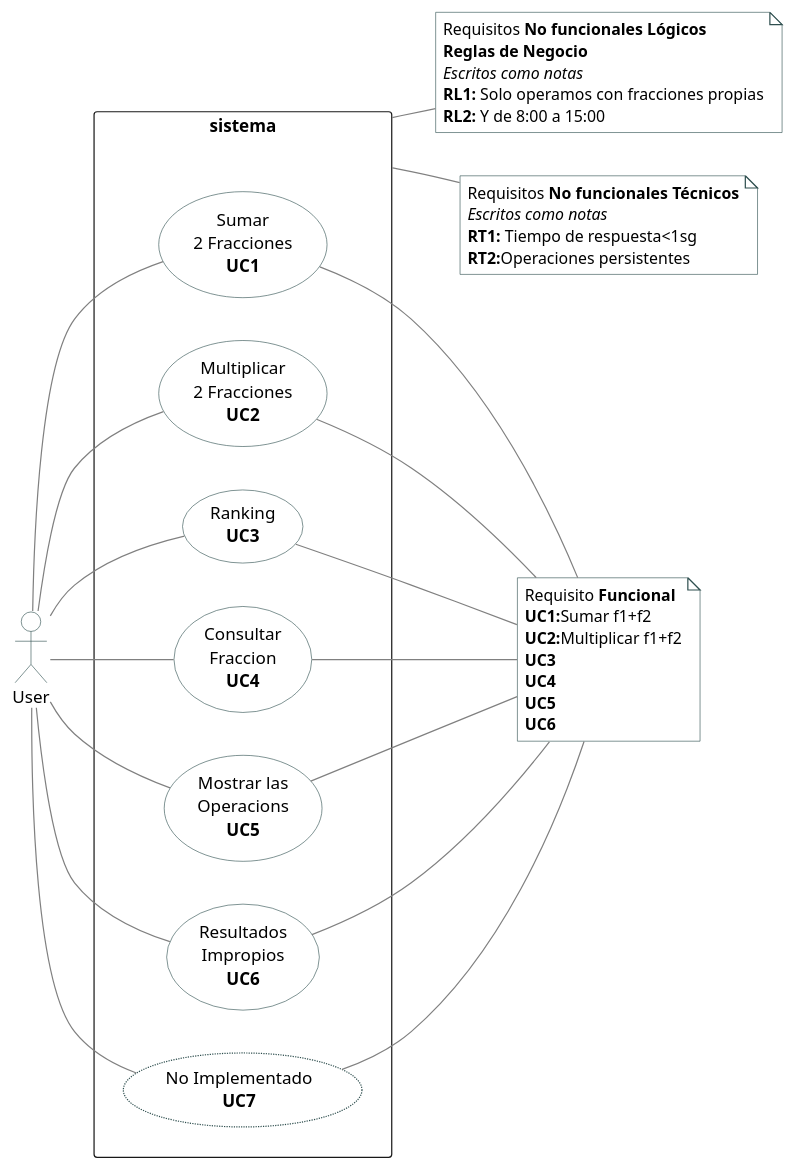
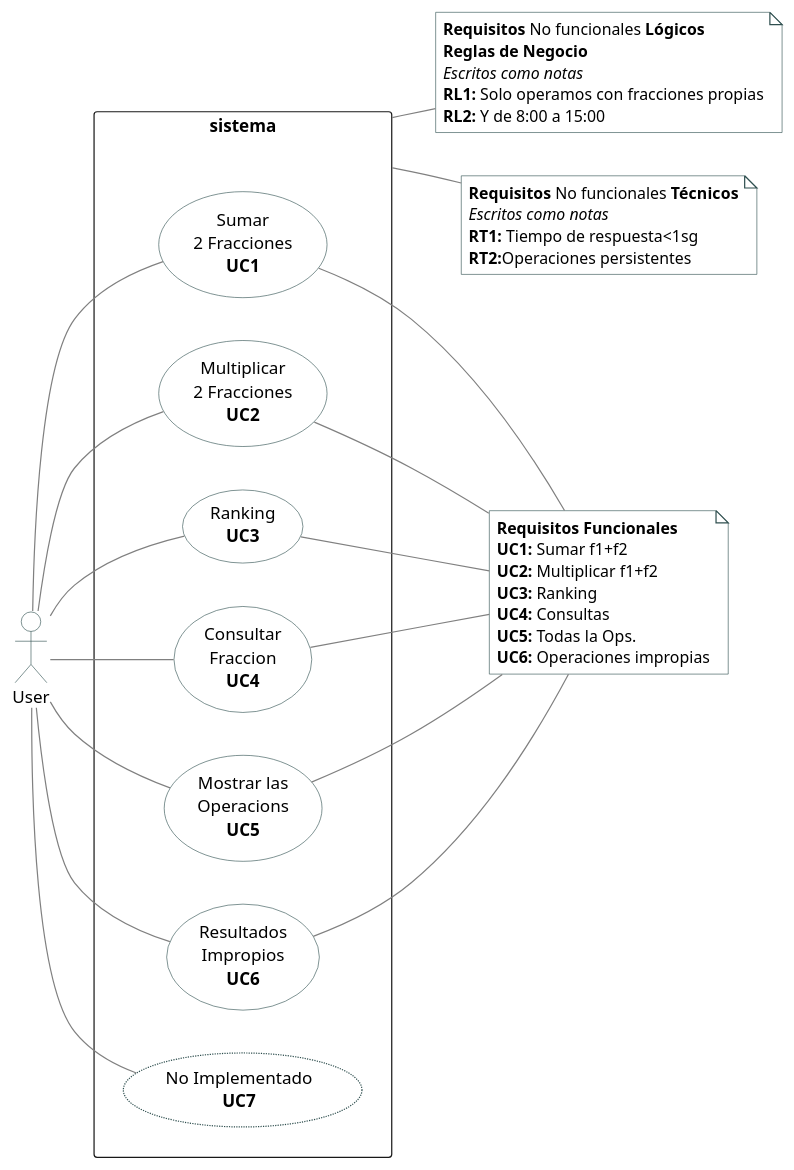
One commit to srlopez/RUP changed the first of 5 diagrams in ejemplos/fraccion_completo.md. Above: the diagram before and after it, drawn with PlantUML. The commit also changed other lines of this file, not shown here.

````diff
--- a/ejemplos/fraccion_completo.md
+++ b/ejemplos/fraccion_completo.md
@@ -32,58 +32,57 @@
 ```plantuml
 @startuml
 hide stereotype
 
 skinparam usecase {
   BackgroundColor White
   BorderColor DarkSlateGray
   ArrowColor Grey
   
   BorderThickness<<beta>> 1
   BorderStyle<<beta>> dotted
   'BackgroundColor<<beta>> #FFE
   'BorderColor<<beta>> Red
 }
 skinparam actor {
   BackgroundColor White
   BorderColor DarkSlateGray
   ArrowColor Grey
 }
 skinparam note {
   BackgroundColor White
   BorderColor DarkSlateGray
 }
-note "Requisito <b>Funcional</b>\n<b>UC1:</b>Sumar f1+f2\n<b>UC2:</b>Multiplicar f1+f2\n<b>UC3</b>\n<b>UC4</b>\n<b>UC5</b>\n<b>UC6</b>" as n1
-note "Requisitos <b>No funcionales Lógicos</b>\n<b>Reglas de Negocio</b>\n<i>Escritos como notas</i>\n<b>RL1:</b> Solo operamos con fracciones propias\n<b>RL2:</b> Y de 8:00 a 15:00" as n2
-note "Requisitos <b>No funcionales Técnicos</b>\n<i>Escritos como notas</i>\n<b>RT1:</b> Tiempo de respuesta<1sg\n<b>RT2:</b>Operaciones persistentes" as n3
+note "<b>Requisitos Funcionales</b>\n<b>UC1:</b> Sumar f1+f2\n<b>UC2:</b> Multiplicar f1+f2\n<b>UC3:</b> Ranking\n<b>UC4:</b> Consultas\n<b>UC5:</b> Todas la Ops.\n<b>UC6:</b> Operaciones impropias" as n1
+note "<b>Requisitos</b> No funcionales <b>Lógicos</b>\n<b>Reglas de Negocio</b>\n<i>Escritos como notas</i>\n<b>RL1:</b> Solo operamos con fracciones propias\n<b>RL2:</b> Y de 8:00 a 15:00" as n2
+note "<b>Requisitos</b> No funcionales <b>Técnicos</b>\n<i>Escritos como notas</i>\n<b>RT1:</b> Tiempo de respuesta<1sg\n<b>RT2:</b>Operaciones persistentes" as n3
 
 left to right direction
 :User: as cli
 rectangle sistema {
   (Sumar\n2 Fracciones\n<b>UC1</b>) as uno 
   (Multiplicar\n2 Fracciones\n<b>UC2</b>) as dos 
   (Ranking\n<b>UC3</b>) as tres
   (Consultar\nFraccion\n<b>UC4</b>) as cuatro
   (Mostrar las\nOperacions\n<b>UC5</b>) as cinco
   (Resultados\nImpropios\n<b>UC6</b>) as seis
   (No Implementado\n<b>UC7</b>) as siete<<beta>>
 }
 
 cli -- uno
 sistema -- n2
 sistema -- n3
 cli -- dos
 cli -- tres
 cli -- cuatro
 cli -- cinco
 cli -- seis
 cli -- siete
 uno -- n1
 dos -- n1
 tres -- n1
 cuatro -- n1
 cinco -- n1
 seis -- n1
-siete -- n1
 
 @enduml
 ```
````
